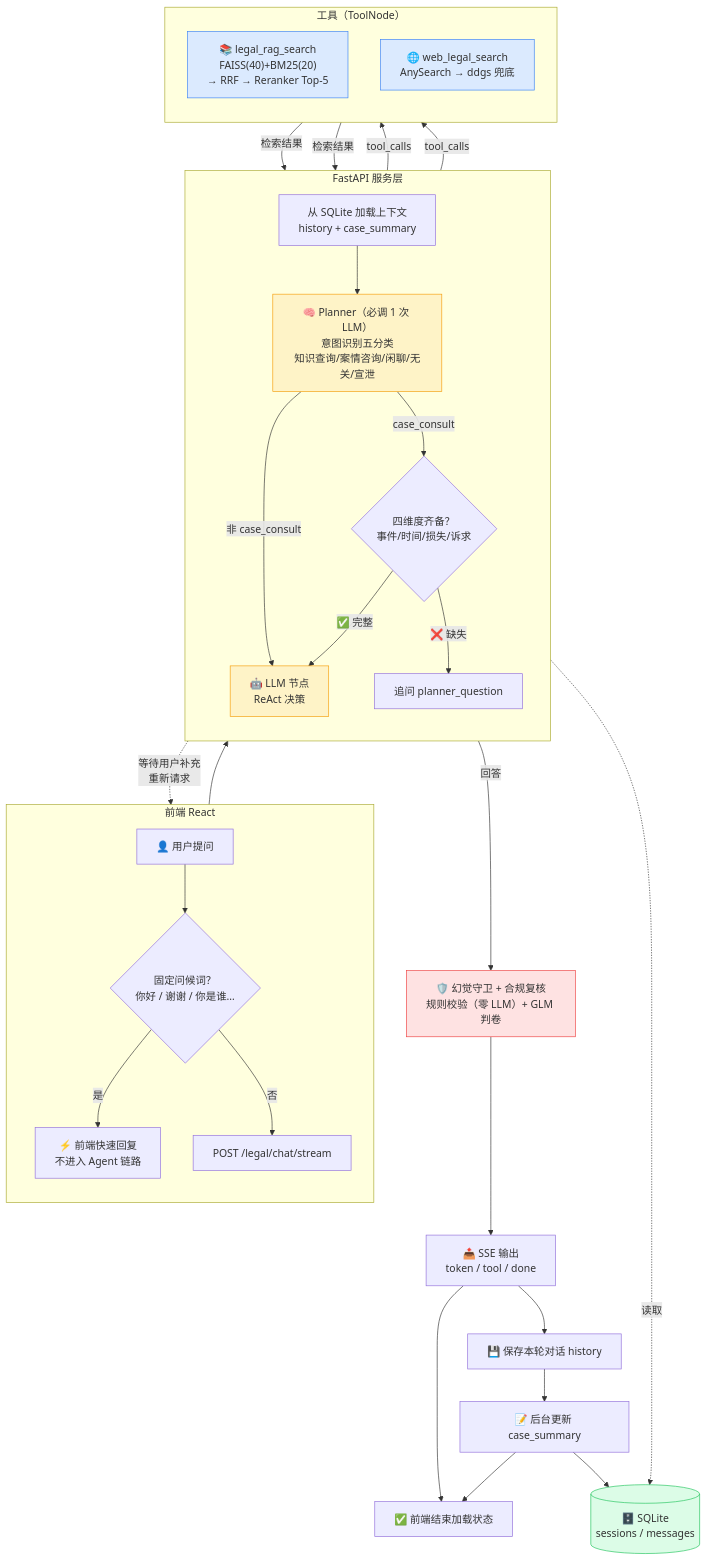
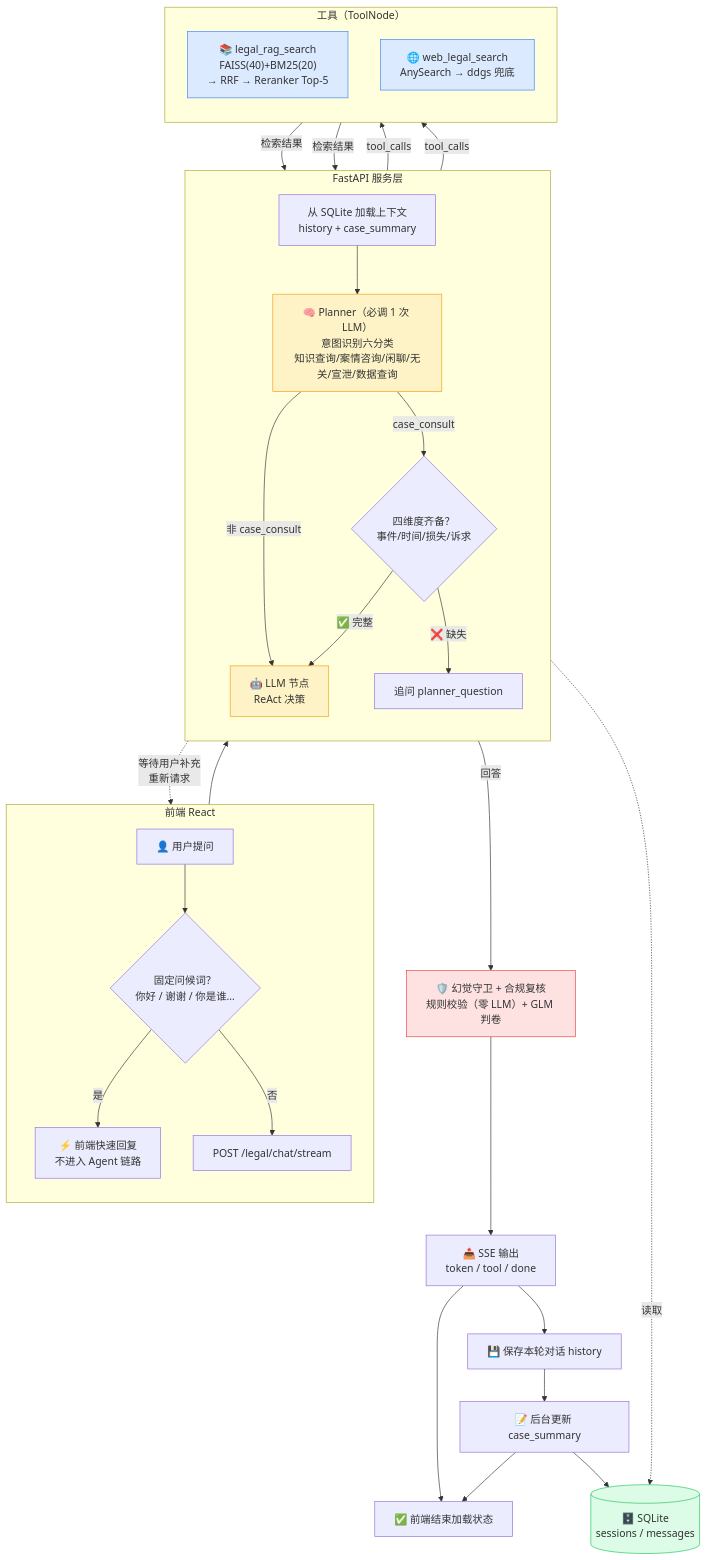
Before and after one commit to an-s57/legal_agent: the diagram in README.md, drawn with Mermaid. The commit also changed other lines of this file and 6 other files, not shown here.

````diff
--- a/README.md
+++ b/README.md
@@ -23,49 +23,49 @@
 ```mermaid
 flowchart TD
     subgraph FE["前端 React"]
         direction TB
         U["👤 用户提问"] --> Q{"固定问候词？<br/>你好 / 谢谢 / 你是谁…"}
         Q -->|"是"| QR["⚡ 前端快速回复<br/>不进入 Agent 链路"]
         Q -->|"否"| REQ["POST /legal/chat/stream"]
     end
 
     subgraph BE["FastAPI 服务层"]
         direction TB
         REQ --> LOAD["从 SQLite 加载上下文<br/>history + case_summary"]
-        LOAD --> P["🧠 Planner（必调 1 次 LLM）<br/>意图识别五分类<br/>知识查询/案情咨询/闲聊/无关/宣泄"]
+        LOAD --> P["🧠 Planner（必调 1 次 LLM）<br/>意图识别六分类<br/>知识查询/案情咨询/闲聊/无关/宣泄/数据查询"]
         P -->|"非 case_consult"| LLM["🤖 LLM 节点<br/>ReAct 决策"]
         P -->|"case_consult"| SLOT{"四维度齐备？<br/>事件/时间/损失/诉求"}
         SLOT -->|"✅ 完整"| LLM
         SLOT -->|"❌ 缺失"| ASK["追问 planner_question"]
         ASK -.->|"等待用户补充<br/>重新请求"| U
     end
 
     subgraph TOOLBOX["工具（ToolNode）"]
         direction TB
         RAG["📚 legal_rag_search<br/>FAISS(40)+BM25(20)<br/>→ RRF → Reranker Top-5"]
         WEB["🌐 web_legal_search<br/>AnySearch → ddgs 兜底"]
     end
 
     LLM -->|"tool_calls"| RAG
     LLM -->|"tool_calls"| WEB
     RAG -->|"检索结果"| LLM
     WEB -->|"检索结果"| LLM
     LLM -->|"回答"| GUARD["🛡️ 幻觉守卫 + 合规复核<br/>规则校验（零 LLM）+ GLM 判卷"]
     GUARD --> OUT["📤 SSE 输出<br/>token / tool / done"]
 
     OUT --> FE_DONE["✅ 前端结束加载状态"]
     OUT --> SAVE["💾 保存本轮对话 history"]
     SAVE --> SUM["📝 后台更新 case_summary"]
     SUM --> FE_DONE
     SUM --> DB[("🗄️ SQLite<br/>sessions / messages")]
     LOAD -.->|"读取"| DB
 
     classDef llm fill:#fef3c7,stroke:#f59e0b;
     classDef tool fill:#dbeafe,stroke:#3b82f6;
     classDef guard fill:#fee2e2,stroke:#ef4444;
     classDef store fill:#dcfce7,stroke:#22c55e;
     class P,LLM llm;
     class RAG,WEB tool;
     class GUARD guard;
     class DB store;
 ```
````
